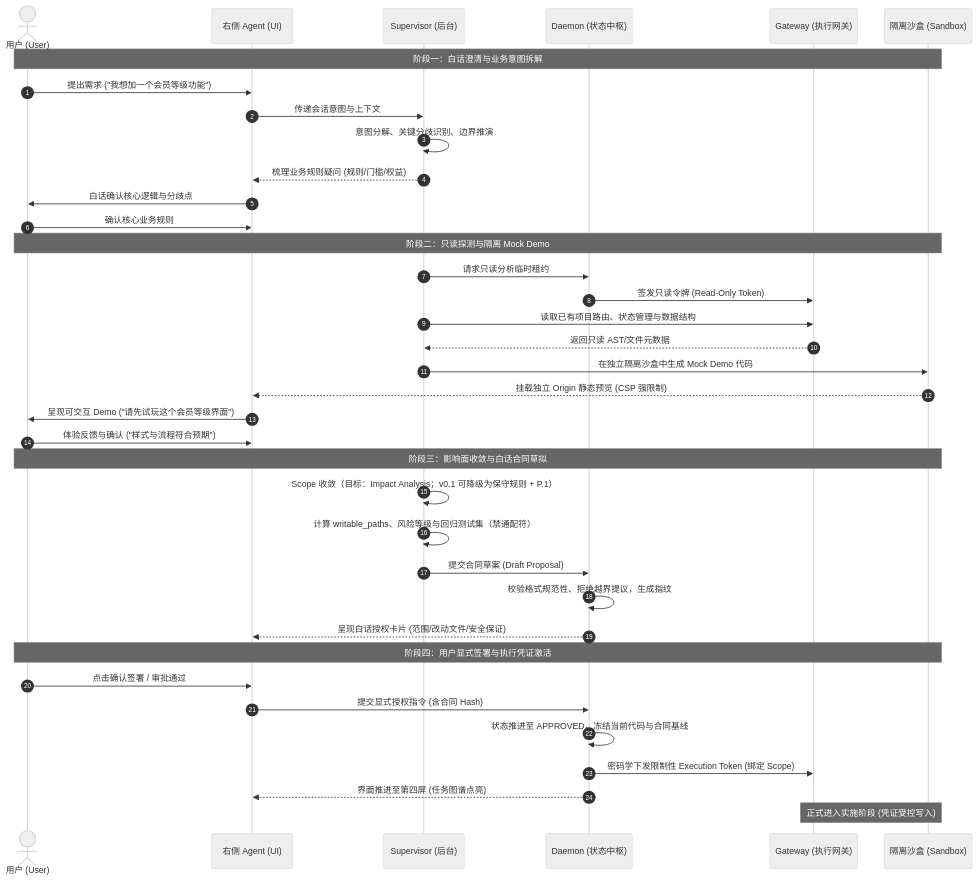
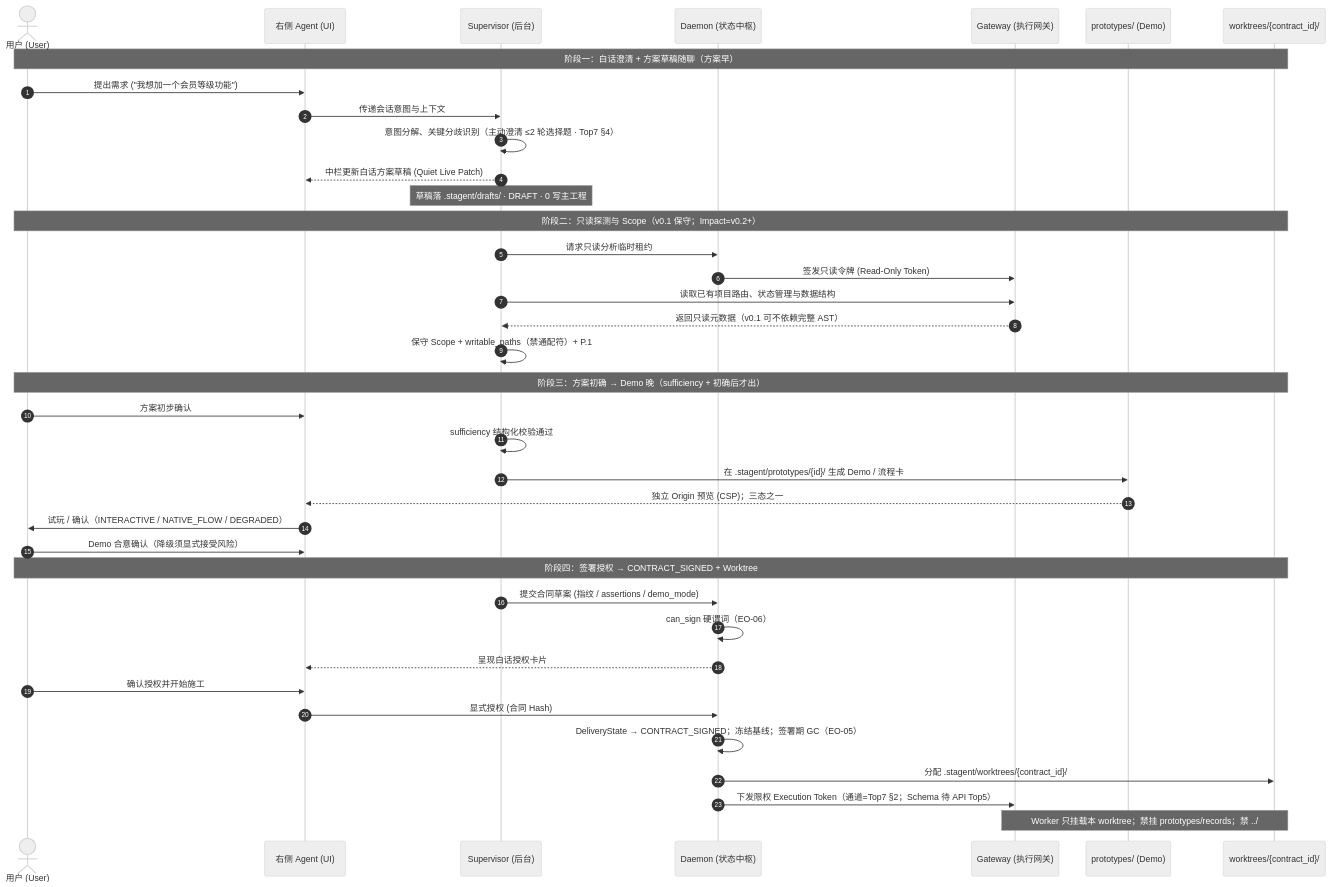
One commit to 147163apple/IDE changed the diagram in docs/reports/Stagent_Clarification_and_Authorization_Specification_v1.0.md. Above: the diagram before and after it, drawn with Mermaid (neutral theme). The commit also changed other lines of this file and 1 other file, not shown here.

Commit message:
docs: 澄清授权稿消歧对齐 Top7 与右栏 EO

````diff
--- a/docs/reports/Stagent_Clarification_and_Authorization_Specification_v1.0.md
+++ b/docs/reports/Stagent_Clarification_and_Authorization_Specification_v1.0.md
@@ -48,43 +55,44 @@
 ```mermaid
 sequenceDiagram
     autonumber
     actor User as 用户 (User)
     participant UI as 右侧 Agent (UI)
     participant Sup as Supervisor (后台)
     participant Dmn as Daemon (状态中枢)
     participant Gtw as Gateway (执行网关)
-    participant Sbx as 隔离沙盒 (Sandbox)
+    participant Proto as prototypes/ (Demo)
+    participant Wt as worktrees/{contract_id}/
 
-    Note over User, Sbx: 阶段一：白话澄清与业务意图拆解
+    Note over User, Wt: 阶段一：白话澄清 + 方案草稿随聊（方案早）
     User->>UI: 提出需求 ("我想加一个会员等级功能")
     UI->>Sup: 传递会话意图与上下文
-    Sup->>Sup: 意图分解、关键分歧识别、边界推演
-    Sup-->>UI: 梳理业务规则疑问 (规则/门槛/权益)
-    UI->>User: 白话确认核心逻辑与分歧点
-    User->>UI: 确认核心业务规则
+    Sup->>Sup: 意图分解、关键分歧识别（主动澄清 ≤2 轮选择题 · Top7 §4）
+    Sup-->>UI: 中栏更新白话方案草稿 (Quiet Live Patch)
+    Note over Sup: 草稿落 .stagent/drafts/ · DRAFT · 0 写主工程
 
-    Note over User, Sbx: 阶段二：只读探测与隔离 Mock Demo
+    Note over User, Wt: 阶段二：只读探测与 Scope（v0.1 保守；Impact=v0.2+）
     Sup->>Dmn: 请求只读分析临时租约
     Dmn->>Gtw: 签发只读令牌 (Read-Only Token)
     Sup->>Gtw: 读取已有项目路由、状态管理与数据结构
-    Gtw-->>Sup: 返回只读 AST/文件元数据
-    Sup->>Sbx: 在独立隔离沙盒中生成 Mock Demo 代码
-    Sbx-->>UI: 挂载独立 Origin 静态预览 (CSP 强限制)
-    UI->>User: 呈现可交互 Demo ("请先试玩这个会员等级界面")
-    User->>UI: 体验反馈与确认 ("样式与流程符合预期")
+    Gtw-->>Sup: 返回只读元数据（v0.1 可不依赖完整 AST）
+    Sup->>Sup: 保守 Scope + writable_paths（禁通配符）+ P.1
 
-    Note over User, Sbx: 阶段三：影响面收敛与白话合同草拟
-    Sup->>Sup: Scope 收敛（目标：Impact Analysis；v0.1 可降级为保守规则 + P.1）
-    Sup->>Sup: 计算 writable_paths、风险等级与回归测试集（禁通配符）
-    Sup->>Dmn: 提交合同草案 (Draft Proposal)
-    Dmn->>Dmn: 校验格式规范性、拒绝越界提议，生成指纹
-    Dmn-->>UI: 呈现白话授权卡片 (范围/改动文件/安全保证)
+    Note over User, Wt: 阶段三：方案初确 → Demo 晚（sufficiency + 初确后才出）
+    User->>UI: 方案初步确认
+    Sup->>Sup: sufficiency 结构化校验通过
+    Sup->>Proto: 在 .stagent/prototypes/{id}/ 生成 Demo / 流程卡
+    Proto-->>UI: 独立 Origin 预览 (CSP)；三态之一
+    UI->>User: 试玩 / 确认（INTERACTIVE / NATIVE_FLOW / DEGRADED）
+    User->>UI: Demo 合意确认（降级须显式接受风险）
 
-    Note over User, Sbx: 阶段四：用户显式签署与执行凭证激活
-    User->>UI: 点击确认签署 / 审批通过
-    UI->>Dmn: 提交显式授权指令 (含合同 Hash)
-    Dmn->>Dmn: 状态推进至 APPROVED，冻结当前代码与合同基线
-    Dmn->>Gtw: 密码学下发限制性 Execution Token (绑定 Scope)
-    Dmn-->>UI: 界面推进至第四屏 (任务图谱点亮)
-    Note over Gtw, Sbx: 正式进入实施阶段 (凭证受控写入)
+    Note over User, Wt: 阶段四：签署授权 → CONTRACT_SIGNED + Worktree
+    Sup->>Dmn: 提交合同草案 (指纹 / assertions / demo_mode)
+    Dmn->>Dmn: can_sign 硬谓词（EO-06）
+    Dmn-->>UI: 呈现白话授权卡片
+    User->>UI: 确认授权并开始施工
+    UI->>Dmn: 显式授权 (合同 Hash)
+    Dmn->>Dmn: DeliveryState → CONTRACT_SIGNED；冻结基线；签署期 GC（EO-05）
+    Dmn->>Wt: 分配 .stagent/worktrees/{contract_id}/
+    Dmn->>Gtw: 下发限权 Execution Token（通道=Top7 §2；Schema 待 API Top5）
+    Note over Gtw, Wt: Worker 只挂载本 worktree；禁挂 prototypes/records；禁 ../
 ```
````
